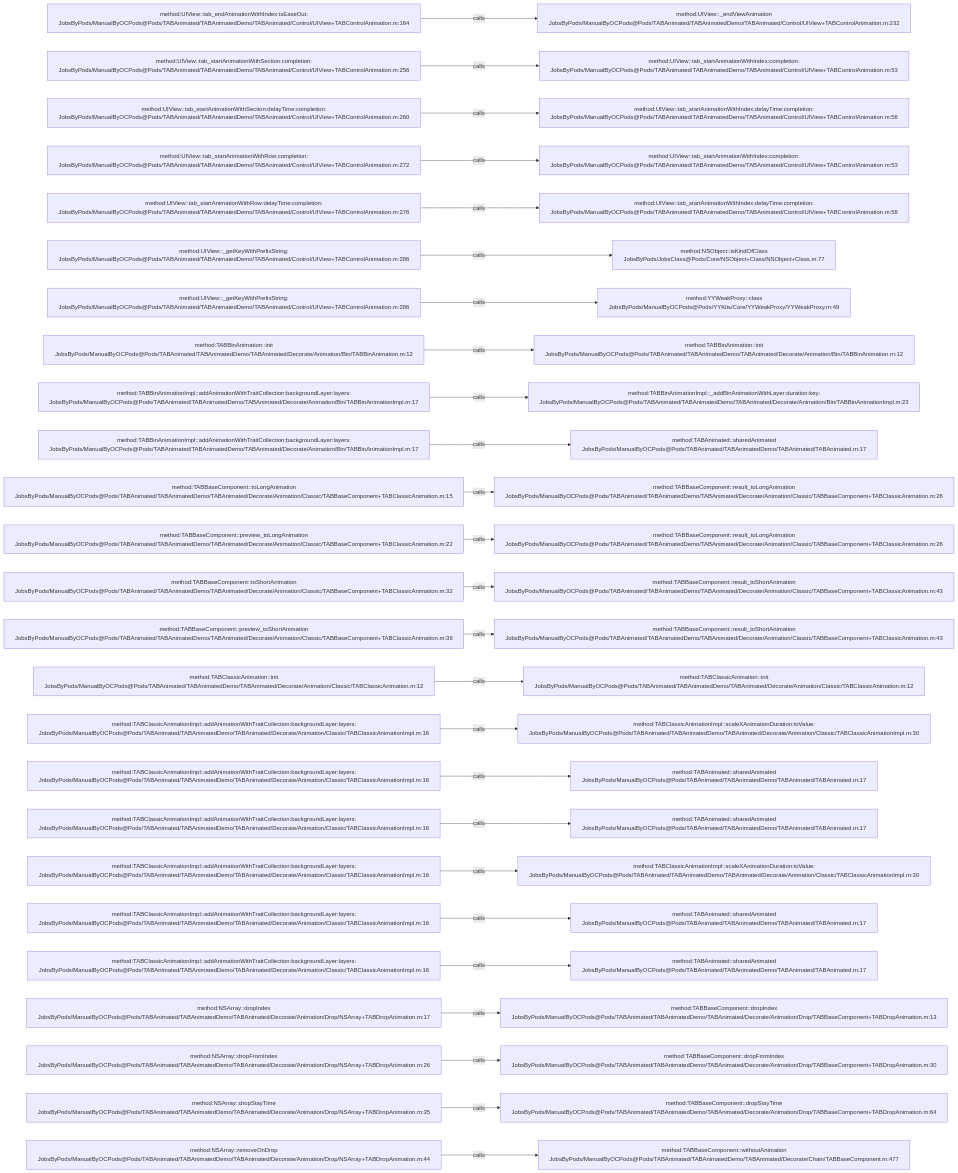
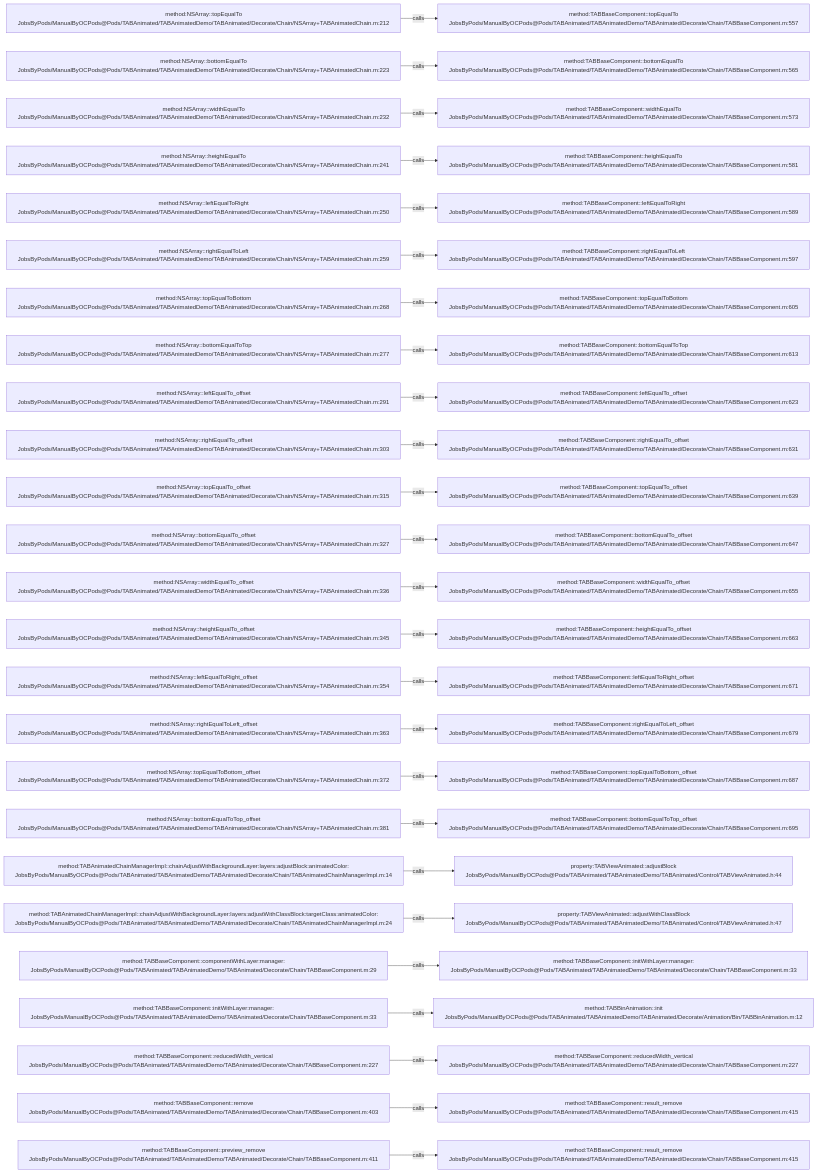
One commit to JobsKits/JobsOCBaseConfigDemo changed the diagram in .codegraph/codegraph.md/graphs/calls-029.md. Above: the diagram before and after it, drawn with Mermaid. The commit also changed 1353 other files, not shown here.

````diff
--- a/.codegraph/codegraph.md/graphs/calls-029.md
+++ b/.codegraph/codegraph.md/graphs/calls-029.md
@@ -13,78 +13,78 @@
 ```mermaid
 flowchart LR
-  S1["method:UIView::tab_endAnimationWithIndex:isEaseOut:<br/>JobsByPods/ManualByOCPods@Pods/TABAnimated/TABAnimatedDemo/TABAnimated/Control/UIView+TABControlAnimation.m:164"]
-  T1["method:UIView::_endViewAnimation<br/>JobsByPods/ManualByOCPods@Pods/TABAnimated/TABAnimatedDemo/TABAnimated/Control/UIView+TABControlAnimation.m:232"]
+  S1["method:NSArray::topEqualTo<br/>JobsByPods/ManualByOCPods@Pods/TABAnimated/TABAnimatedDemo/TABAnimated/Decorate/Chain/NSArray+TABAnimatedChain.m:212"]
+  T1["method:TABBaseComponent::topEqualTo<br/>JobsByPods/ManualByOCPods@Pods/TABAnimated/TABAnimatedDemo/TABAnimated/Decorate/Chain/TABBaseComponent.m:557"]
   S1 -->|calls| T1
-  S2["method:UIView::tab_startAnimationWithSection:completion:<br/>JobsByPods/ManualByOCPods@Pods/TABAnimated/TABAnimatedDemo/TABAnimated/Control/UIView+TABControlAnimation.m:256"]
-  T2["method:UIView::tab_startAnimationWithIndex:completion:<br/>JobsByPods/ManualByOCPods@Pods/TABAnimated/TABAnimatedDemo/TABAnimated/Control/UIView+TABControlAnimation.m:53"]
+  S2["method:NSArray::bottomEqualTo<br/>JobsByPods/ManualByOCPods@Pods/TABAnimated/TABAnimatedDemo/TABAnimated/Decorate/Chain/NSArray+TABAnimatedChain.m:223"]
+  T2["method:TABBaseComponent::bottomEqualTo<br/>JobsByPods/ManualByOCPods@Pods/TABAnimated/TABAnimatedDemo/TABAnimated/Decorate/Chain/TABBaseComponent.m:565"]
   S2 -->|calls| T2
-  S3["method:UIView::tab_startAnimationWithSection:delayTime:completion:<br/>JobsByPods/ManualByOCPods@Pods/TABAnimated/TABAnimatedDemo/TABAnimated/Control/UIView+TABControlAnimation.m:260"]
-  T3["method:UIView::tab_startAnimationWithIndex:delayTime:completion:<br/>JobsByPods/ManualByOCPods@Pods/TABAnimated/TABAnimatedDemo/TABAnimated/Control/UIView+TABControlAnimation.m:58"]
+  S3["method:NSArray::widthEqualTo<br/>JobsByPods/ManualByOCPods@Pods/TABAnimated/TABAnimatedDemo/TABAnimated/Decorate/Chain/NSArray+TABAnimatedChain.m:232"]
+  T3["method:TABBaseComponent::widthEqualTo<br/>JobsByPods/ManualByOCPods@Pods/TABAnimated/TABAnimatedDemo/TABAnimated/Decorate/Chain/TABBaseComponent.m:573"]
   S3 -->|calls| T3
-  S4["method:UIView::tab_startAnimationWithRow:completion:<br/>JobsByPods/ManualByOCPods@Pods/TABAnimated/TABAnimatedDemo/TABAnimated/Control/UIView+TABControlAnimation.m:272"]
-  T4["method:UIView::tab_startAnimationWithIndex:completion:<br/>JobsByPods/ManualByOCPods@Pods/TABAnimated/TABAnimatedDemo/TABAnimated/Control/UIView+TABControlAnimation.m:53"]
+  S4["method:NSArray::heightEqualTo<br/>JobsByPods/ManualByOCPods@Pods/TABAnimated/TABAnimatedDemo/TABAnimated/Decorate/Chain/NSArray+TABAnimatedChain.m:241"]
+  T4["method:TABBaseComponent::heightEqualTo<br/>JobsByPods/ManualByOCPods@Pods/TABAnimated/TABAnimatedDemo/TABAnimated/Decorate/Chain/TABBaseComponent.m:581"]
   S4 -->|calls| T4
-  S5["method:UIView::tab_startAnimationWithRow:delayTime:completion:<br/>JobsByPods/ManualByOCPods@Pods/TABAnimated/TABAnimatedDemo/TABAnimated/Control/UIView+TABControlAnimation.m:276"]
-  T5["method:UIView::tab_startAnimationWithIndex:delayTime:completion:<br/>JobsByPods/ManualByOCPods@Pods/TABAnimated/TABAnimatedDemo/TABAnimated/Control/UIView+TABControlAnimation.m:58"]
+  S5["method:NSArray::leftEqualToRight<br/>JobsByPods/ManualByOCPods@Pods/TABAnimated/TABAnimatedDemo/TABAnimated/Decorate/Chain/NSArray+TABAnimatedChain.m:250"]
+  T5["method:TABBaseComponent::leftEqualToRight<br/>JobsByPods/ManualByOCPods@Pods/TABAnimated/TABAnimatedDemo/TABAnimated/Decorate/Chain/TABBaseComponent.m:589"]
   S5 -->|calls| T5
-  S6["method:UIView::_getKeyWithPrefixString:<br/>JobsByPods/ManualByOCPods@Pods/TABAnimated/TABAnimatedDemo/TABAnimated/Control/UIView+TABControlAnimation.m:286"]
-  T6["method:NSObject::isKindOfClass<br/>JobsByPods/JobsClass@Pods/Core/NSObject+Class/NSObject+Class.m:77"]
+  S6["method:NSArray::rightEqualToLeft<br/>JobsByPods/ManualByOCPods@Pods/TABAnimated/TABAnimatedDemo/TABAnimated/Decorate/Chain/NSArray+TABAnimatedChain.m:259"]
+  T6["method:TABBaseComponent::rightEqualToLeft<br/>JobsByPods/ManualByOCPods@Pods/TABAnimated/TABAnimatedDemo/TABAnimated/Decorate/Chain/TABBaseComponent.m:597"]
   S6 -->|calls| T6
-  S7["method:UIView::_getKeyWithPrefixString:<br/>JobsByPods/ManualByOCPods@Pods/TABAnimated/TABAnimatedDemo/TABAnimated/Control/UIView+TABControlAnimation.m:286"]
-  T7["method:YYWeakProxy::class<br/>JobsByPods/ManualByOCPods@Pods/YYKits/Core/YYWeakProxy/YYWeakProxy.m:49"]
+  S7["method:NSArray::topEqualToBottom<br/>JobsByPods/ManualByOCPods@Pods/TABAnimated/TABAnimatedDemo/TABAnimated/Decorate/Chain/NSArray+TABAnimatedChain.m:268"]
+  T7["method:TABBaseComponent::topEqualToBottom<br/>JobsByPods/ManualByOCPods@Pods/TABAnimated/TABAnimatedDemo/TABAnimated/Decorate/Chain/TABBaseComponent.m:605"]
   S7 -->|calls| T7
-  S8["method:TABBinAnimation::init<br/>JobsByPods/ManualByOCPods@Pods/TABAnimated/TABAnimatedDemo/TABAnimated/Decorate/Animation/Bin/TABBinAnimation.m:12"]
-  T8["method:TABBinAnimation::init<br/>JobsByPods/ManualByOCPods@Pods/TABAnimated/TABAnimatedDemo/TABAnimated/Decorate/Animation/Bin/TABBinAnimation.m:12"]
+  S8["method:NSArray::bottomEqualToTop<br/>JobsByPods/ManualByOCPods@Pods/TABAnimated/TABAnimatedDemo/TABAnimated/Decorate/Chain/NSArray+TABAnimatedChain.m:277"]
+  T8["method:TABBaseComponent::bottomEqualToTop<br/>JobsByPods/ManualByOCPods@Pods/TABAnimated/TABAnimatedDemo/TABAnimated/Decorate/Chain/TABBaseComponent.m:613"]
   S8 -->|calls| T8
-  S9["method:TABBinAnimationImpl::addAnimationWithTraitCollection:backgroundLayer:layers:<br/>JobsByPods/ManualByOCPods@Pods/TABAnimated/TABAnimatedDemo/TABAnimated/Decorate/Animation/Bin/TABBinAnimationImpl.m:17"]
-  T9["method:TABBinAnimationImpl::_addBinAnimationWithLayer:duration:key:<br/>JobsByPods/ManualByOCPods@Pods/TABAnimated/TABAnimatedDemo/TABAnimated/Decorate/Animation/Bin/TABBinAnimationImpl.m:23"]
+  S9["method:NSArray::leftEqualTo_offset<br/>JobsByPods/ManualByOCPods@Pods/TABAnimated/TABAnimatedDemo/TABAnimated/Decorate/Chain/NSArray+TABAnimatedChain.m:291"]
+  T9["method:TABBaseComponent::leftEqualTo_offset<br/>JobsByPods/ManualByOCPods@Pods/TABAnimated/TABAnimatedDemo/TABAnimated/Decorate/Chain/TABBaseComponent.m:623"]
   S9 -->|calls| T9
-  S10["method:TABBinAnimationImpl::addAnimationWithTraitCollection:backgroundLayer:layers:<br/>JobsByPods/ManualByOCPods@Pods/TABAnimated/TABAnimatedDemo/TABAnimated/Decorate/Animation/Bin/TABBinAnimationImpl.m:17"]
-  T10["method:TABAnimated::sharedAnimated<br/>JobsByPods/ManualByOCPods@Pods/TABAnimated/TABAnimatedDemo/TABAnimated/TABAnimated.m:17"]
+  S10["method:NSArray::rightEqualTo_offset<br/>JobsByPods/ManualByOCPods@Pods/TABAnimated/TABAnimatedDemo/TABAnimated/Decorate/Chain/NSArray+TABAnimatedChain.m:303"]
+  T10["method:TABBaseComponent::rightEqualTo_offset<br/>JobsByPods/ManualByOCPods@Pods/TABAnimated/TABAnimatedDemo/TABAnimated/Decorate/Chain/TABBaseComponent.m:631"]
   S10 -->|calls| T10
-  S11["method:TABBaseComponent::toLongAnimation<br/>JobsByPods/ManualByOCPods@Pods/TABAnimated/TABAnimatedDemo/TABAnimated/Decorate/Animation/Classic/TABBaseComponent+TABClassicAnimation.m:15"]
-  T11["method:TABBaseComponent::result_toLongAnimation<br/>JobsByPods/ManualByOCPods@Pods/TABAnimated/TABAnimatedDemo/TABAnimated/Decorate/Animation/Classic/TABBaseComponent+TABClassicAnimation.m:26"]
+  S11["method:NSArray::topEqualTo_offset<br/>JobsByPods/ManualByOCPods@Pods/TABAnimated/TABAnimatedDemo/TABAnimated/Decorate/Chain/NSArray+TABAnimatedChain.m:315"]
+  T11["method:TABBaseComponent::topEqualTo_offset<br/>JobsByPods/ManualByOCPods@Pods/TABAnimated/TABAnimatedDemo/TABAnimated/Decorate/Chain/TABBaseComponent.m:639"]
   S11 -->|calls| T11
-  S12["method:TABBaseComponent::preview_toLongAnimation<br/>JobsByPods/ManualByOCPods@Pods/TABAnimated/TABAnimatedDemo/TABAnimated/Decorate/Animation/Classic/TABBaseComponent+TABClassicAnimation.m:22"]
-  T12["method:TABBaseComponent::result_toLongAnimation<br/>JobsByPods/ManualByOCPods@Pods/TABAnimated/TABAnimatedDemo/TABAnimated/Decorate/Animation/Classic/TABBaseComponent+TABClassicAnimation.m:26"]
+  S12["method:NSArray::bottomEqualTo_offset<br/>JobsByPods/ManualByOCPods@Pods/TABAnimated/TABAnimatedDemo/TABAnimated/Decorate/Chain/NSArray+TABAnimatedChain.m:327"]
+  T12["method:TABBaseComponent::bottomEqualTo_offset<br/>JobsByPods/ManualByOCPods@Pods/TABAnimated/TABAnimatedDemo/TABAnimated/Decorate/Chain/TABBaseComponent.m:647"]
   S12 -->|calls| T12
-  S13["method:TABBaseComponent::toShortAnimation<br/>JobsByPods/ManualByOCPods@Pods/TABAnimated/TABAnimatedDemo/TABAnimated/Decorate/Animation/Classic/TABBaseComponent+TABClassicAnimation.m:32"]
-  T13["method:TABBaseComponent::result_toShortAnimation<br/>JobsByPods/ManualByOCPods@Pods/TABAnimated/TABAnimatedDemo/TABAnimated/Decorate/Animation/Classic/TABBaseComponent+TABClassicAnimation.m:43"]
+  S13["method:NSArray::widthEqualTo_offset<br/>JobsByPods/ManualByOCPods@Pods/TABAnimated/TABAnimatedDemo/TABAnimated/Decorate/Chain/NSArray+TABAnimatedChain.m:336"]
+  T13["method:TABBaseComponent::widthEqualTo_offset<br/>JobsByPods/ManualByOCPods@Pods/TABAnimated/TABAnimatedDemo/TABAnimated/Decorate/Chain/TABBaseComponent.m:655"]
   S13 -->|calls| T13
-  S14["method:TABBaseComponent::preview_toShortAnimation<br/>JobsByPods/ManualByOCPods@Pods/TABAnimated/TABAnimatedDemo/TABAnimated/Decorate/Animation/Classic/TABBaseComponent+TABClassicAnimation.m:39"]
-  T14["method:TABBaseComponent::result_toShortAnimation<br/>JobsByPods/ManualByOCPods@Pods/TABAnimated/TABAnimatedDemo/TABAnimated/Decorate/Animation/Classic/TABBaseComponent+TABClassicAnimation.m:43"]
+  S14["method:NSArray::heightEqualTo_offset<br/>JobsByPods/ManualByOCPods@Pods/TABAnimated/TABAnimatedDemo/TABAnimated/Decorate/Chain/NSArray+TABAnimatedChain.m:345"]
+  T14["method:TABBaseComponent::heightEqualTo_offset<br/>JobsByPods/ManualByOCPods@Pods/TABAnimated/TABAnimatedDemo/TABAnimated/Decorate/Chain/TABBaseComponent.m:663"]
   S14 -->|calls| T14
-  S15["method:TABClassicAnimation::init<br/>JobsByPods/ManualByOCPods@Pods/TABAnimated/TABAnimatedDemo/TABAnimated/Decorate/Animation/Classic/TABClassicAnimation.m:12"]
-  T15["method:TABClassicAnimation::init<br/>JobsByPods/ManualByOCPods@Pods/TABAnimated/TABAnimatedDemo/TABAnimated/Decorate/Animation/Classic/TABClassicAnimation.m:12"]
+  S15["method:NSArray::leftEqualToRight_offset<br/>JobsByPods/ManualByOCPods@Pods/TABAnimated/TABAnimatedDemo/TABAnimated/Decorate/Chain/NSArray+TABAnimatedChain.m:354"]
+  T15["method:TABBaseComponent::leftEqualToRight_offset<br/>JobsByPods/ManualByOCPods@Pods/TABAnimated/TABAnimatedDemo/TABAnimated/Decorate/Chain/TABBaseComponent.m:671"]
   S15 -->|calls| T15
-  S16["method:TABClassicAnimationImpl::addAnimationWithTraitCollection:backgroundLayer:layers:<br/>JobsByPods/ManualByOCPods@Pods/TABAnimated/TABAnimatedDemo/TABAnimated/Decorate/Animation/Classic/TABClassicAnimationImpl.m:16"]
-  T16["method:TABClassicAnimationImpl::scaleXAnimationDuration:toValue:<br/>JobsByPods/ManualByOCPods@Pods/TABAnimated/TABAnimatedDemo/TABAnimated/Decorate/Animation/Classic/TABClassicAnimationImpl.m:30"]
+  S16["method:NSArray::rightEqualToLeft_offset<br/>JobsByPods/ManualByOCPods@Pods/TABAnimated/TABAnimatedDemo/TABAnimated/Decorate/Chain/NSArray+TABAnimatedChain.m:363"]
+  T16["method:TABBaseComponent::rightEqualToLeft_offset<br/>JobsByPods/ManualByOCPods@Pods/TABAnimated/TABAnimatedDemo/TABAnimated/Decorate/Chain/TABBaseComponent.m:679"]
   S16 -->|calls| T16
-  S17["method:TABClassicAnimationImpl::addAnimationWithTraitCollection:backgroundLayer:layers:<br/>JobsByPods/ManualByOCPods@Pods/TABAnimated/TABAnimatedDemo/TABAnimated/Decorate/Animation/Classic/TABClassicAnimationImpl.m:16"]
-  T17["method:TABAnimated::sharedAnimated<br/>JobsByPods/ManualByOCPods@Pods/TABAnimated/TABAnimatedDemo/TABAnimated/TABAnimated.m:17"]
+  S17["method:NSArray::topEqualToBottom_offset<br/>JobsByPods/ManualByOCPods@Pods/TABAnimated/TABAnimatedDemo/TABAnimated/Decorate/Chain/NSArray+TABAnimatedChain.m:372"]
+  T17["method:TABBaseComponent::topEqualToBottom_offset<br/>JobsByPods/ManualByOCPods@Pods/TABAnimated/TABAnimatedDemo/TABAnimated/Decorate/Chain/TABBaseComponent.m:687"]
   S17 -->|calls| T17
-  S18["method:TABClassicAnimationImpl::addAnimationWithTraitCollection:backgroundLayer:layers:<br/>JobsByPods/ManualByOCPods@Pods/TABAnimated/TABAnimatedDemo/TABAnimated/Decorate/Animation/Classic/TABClassicAnimationImpl.m:16"]
-  T18["method:TABAnimated::sharedAnimated<br/>JobsByPods/ManualByOCPods@Pods/TABAnimated/TABAnimatedDemo/TABAnimated/TABAnimated.m:17"]
+  S18["method:NSArray::bottomEqualToTop_offset<br/>JobsByPods/ManualByOCPods@Pods/TABAnimated/TABAnimatedDemo/TABAnimated/Decorate/Chain/NSArray+TABAnimatedChain.m:381"]
+  T18["method:TABBaseComponent::bottomEqualToTop_offset<br/>JobsByPods/ManualByOCPods@Pods/TABAnimated/TABAnimatedDemo/TABAnimated/Decorate/Chain/TABBaseComponent.m:695"]
   S18 -->|calls| T18
-  S19["method:TABClassicAnimationImpl::addAnimationWithTraitCollection:backgroundLayer:layers:<br/>JobsByPods/ManualByOCPods@Pods/TABAnimated/TABAnimatedDemo/TABAnimated/Decorate/Animation/Classic/TABClassicAnimationImpl.m:16"]
-  T19["method:TABClassicAnimationImpl::scaleXAnimationDuration:toValue:<br/>JobsByPods/ManualByOCPods@Pods/TABAnimated/TABAnimatedDemo/TABAnimated/Decorate/Animation/Classic/TABClassicAnimationImpl.m:30"]
+  S19["method:TABAnimatedChainManagerImpl::chainAdjustWithBackgroundLayer:layers:adjustBlock:animatedColor:<br/>JobsByPods/ManualByOCPods@Pods/TABAnimated/TABAnimatedDemo/TABAnimated/Decorate/Chain/TABAnimatedChainManagerImpl.m:14"]
+  T19["property:TABViewAnimated::adjustBlock<br/>JobsByPods/ManualByOCPods@Pods/TABAnimated/TABAnimatedDemo/TABAnimated/Control/TABViewAnimated.h:44"]
   S19 -->|calls| T19
-  S20["method:TABClassicAnimationImpl::addAnimationWithTraitCollection:backgroundLayer:layers:<br/>JobsByPods/ManualByOCPods@Pods/TABAnimated/TABAnimatedDemo/TABAnimated/Decorate/Animation/Classic/TABClassicAnimationImpl.m:16"]
-  T20["method:TABAnimated::sharedAnimated<br/>JobsByPods/ManualByOCPods@Pods/TABAnimated/TABAnimatedDemo/TABAnimated/TABAnimated.m:17"]
+  S20["method:TABAnimatedChainManagerImpl::chainAdjustWithBackgroundLayer:layers:adjustWithClassBlock:targetClass:animatedColor:<br/>JobsByPods/ManualByOCPods@Pods/TABAnimated/TABAnimatedDemo/TABAnimated/Decorate/Chain/TABAnimatedChainManagerImpl.m:24"]
+  T20["property:TABViewAnimated::adjustWithClassBlock<br/>JobsByPods/ManualByOCPods@Pods/TABAnimated/TABAnimatedDemo/TABAnimated/Control/TABViewAnimated.h:47"]
   S20 -->|calls| T20
-  S21["method:TABClassicAnimationImpl::addAnimationWithTraitCollection:backgroundLayer:layers:<br/>JobsByPods/ManualByOCPods@Pods/TABAnimated/TABAnimatedDemo/TABAnimated/Decorate/Animation/Classic/TABClassicAnimationImpl.m:16"]
-  T21["method:TABAnimated::sharedAnimated<br/>JobsByPods/ManualByOCPods@Pods/TABAnimated/TABAnimatedDemo/TABAnimated/TABAnimated.m:17"]
+  S21["method:TABBaseComponent::componentWithLayer:manager:<br/>JobsByPods/ManualByOCPods@Pods/TABAnimated/TABAnimatedDemo/TABAnimated/Decorate/Chain/TABBaseComponent.m:29"]
+  T21["method:TABBaseComponent::initWithLayer:manager:<br/>JobsByPods/ManualByOCPods@Pods/TABAnimated/TABAnimatedDemo/TABAnimated/Decorate/Chain/TABBaseComponent.m:33"]
   S21 -->|calls| T21
-  S22["method:NSArray::dropIndex<br/>JobsByPods/ManualByOCPods@Pods/TABAnimated/TABAnimatedDemo/TABAnimated/Decorate/Animation/Drop/NSArray+TABDropAnimation.m:17"]
-  T22["method:TABBaseComponent::dropIndex<br/>JobsByPods/ManualByOCPods@Pods/TABAnimated/TABAnimatedDemo/TABAnimated/Decorate/Animation/Drop/TABBaseComponent+TABDropAnimation.m:13"]
+  S22["method:TABBaseComponent::initWithLayer:manager:<br/>JobsByPods/ManualByOCPods@Pods/TABAnimated/TABAnimatedDemo/TABAnimated/Decorate/Chain/TABBaseComponent.m:33"]
+  T22["method:TABBinAnimation::init<br/>JobsByPods/ManualByOCPods@Pods/TABAnimated/TABAnimatedDemo/TABAnimated/Decorate/Animation/Bin/TABBinAnimation.m:12"]
   S22 -->|calls| T22
-  S23["method:NSArray::dropFromIndex<br/>JobsByPods/ManualByOCPods@Pods/TABAnimated/TABAnimatedDemo/TABAnimated/Decorate/Animation/Drop/NSArray+TABDropAnimation.m:26"]
-  T23["method:TABBaseComponent::dropFromIndex<br/>JobsByPods/ManualByOCPods@Pods/TABAnimated/TABAnimatedDemo/TABAnimated/Decorate/Animation/Drop/TABBaseComponent+TABDropAnimation.m:30"]
+  S23["method:TABBaseComponent::reducedWidth_vertical<br/>JobsByPods/ManualByOCPods@Pods/TABAnimated/TABAnimatedDemo/TABAnimated/Decorate/Chain/TABBaseComponent.m:227"]
+  T23["method:TABBaseComponent::reducedWidth_vertical<br/>JobsByPods/ManualByOCPods@Pods/TABAnimated/TABAnimatedDemo/TABAnimated/Decorate/Chain/TABBaseComponent.m:227"]
   S23 -->|calls| T23
-  S24["method:NSArray::dropStayTime<br/>JobsByPods/ManualByOCPods@Pods/TABAnimated/TABAnimatedDemo/TABAnimated/Decorate/Animation/Drop/NSArray+TABDropAnimation.m:35"]
-  T24["method:TABBaseComponent::dropStayTime<br/>JobsByPods/ManualByOCPods@Pods/TABAnimated/TABAnimatedDemo/TABAnimated/Decorate/Animation/Drop/TABBaseComponent+TABDropAnimation.m:64"]
+  S24["method:TABBaseComponent::remove<br/>JobsByPods/ManualByOCPods@Pods/TABAnimated/TABAnimatedDemo/TABAnimated/Decorate/Chain/TABBaseComponent.m:403"]
+  T24["method:TABBaseComponent::result_remove<br/>JobsByPods/ManualByOCPods@Pods/TABAnimated/TABAnimatedDemo/TABAnimated/Decorate/Chain/TABBaseComponent.m:415"]
   S24 -->|calls| T24
-  S25["method:NSArray::removeOnDrop<br/>JobsByPods/ManualByOCPods@Pods/TABAnimated/TABAnimatedDemo/TABAnimated/Decorate/Animation/Drop/NSArray+TABDropAnimation.m:44"]
-  T25["method:TABBaseComponent::withoutAnimation<br/>JobsByPods/ManualByOCPods@Pods/TABAnimated/TABAnimatedDemo/TABAnimated/Decorate/Chain/TABBaseComponent.m:477"]
+  S25["method:TABBaseComponent::preview_remove<br/>JobsByPods/ManualByOCPods@Pods/TABAnimated/TABAnimatedDemo/TABAnimated/Decorate/Chain/TABBaseComponent.m:411"]
+  T25["method:TABBaseComponent::result_remove<br/>JobsByPods/ManualByOCPods@Pods/TABAnimated/TABAnimatedDemo/TABAnimated/Decorate/Chain/TABBaseComponent.m:415"]
   S25 -->|calls| T25
 ```
````
